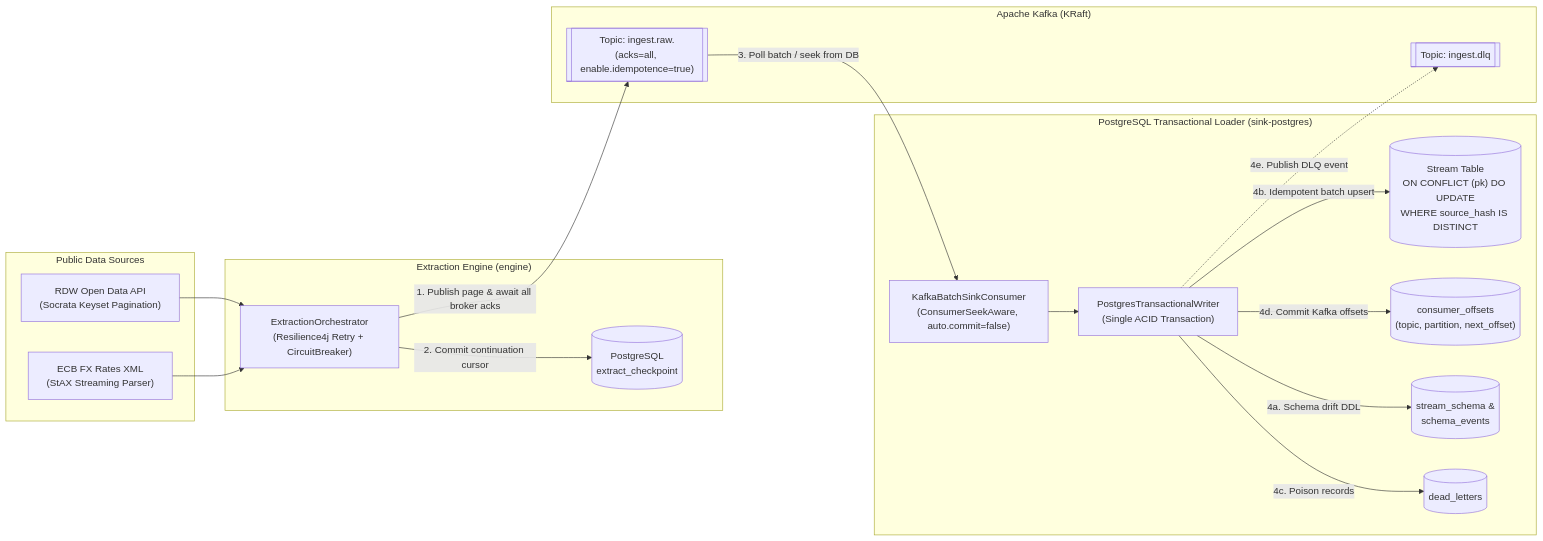
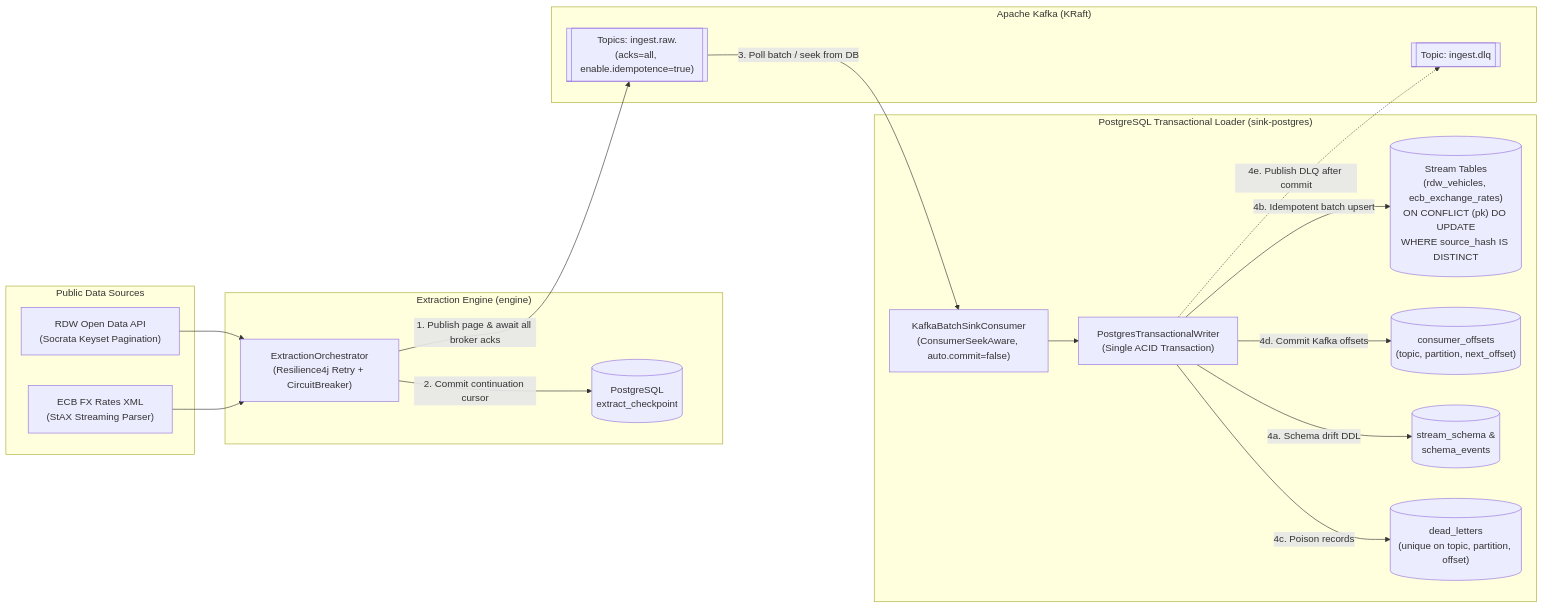
One commit to pgupta771/ingest-pipeline changed the diagram in README.md. Above: the diagram before and after it, drawn with Mermaid. The commit also changed other lines of this file and 1 other file, not shown here.

````diff
--- a/README.md
+++ b/README.md
@@ -9,38 +9,38 @@
 ```mermaid
 flowchart LR
     subgraph Sources["Public Data Sources"]
         RDW["RDW Open Data API<br/>(Socrata Keyset Pagination)"]
         ECB["ECB FX Rates XML<br/>(StAX Streaming Parser)"]
     end
 
     subgraph Engine["Extraction Engine (engine)"]
         EXT["ExtractionOrchestrator<br/>(Resilience4j Retry + CircuitBreaker)"]
         CHK[("PostgreSQL<br/>extract_checkpoint")]
     end
 
     subgraph Transport["Apache Kafka (KRaft)"]
-        RAW[["Topic: ingest.raw.<stream><br/>(acks=all, enable.idempotence=true)"]]
+        RAW[["Topics: ingest.raw.<stream><br/>(acks=all, enable.idempotence=true)"]]
         DLQ_TOPIC[["Topic: ingest.dlq"]]
     end
 
     subgraph Sink["PostgreSQL Transactional Loader (sink-postgres)"]
         CONS["KafkaBatchSinkConsumer<br/>(ConsumerSeekAware, auto.commit=false)"]
         WRITER["PostgresTransactionalWriter<br/>(Single ACID Transaction)"]
-        PG_DATA[("Stream Table<br/>ON CONFLICT (pk) DO UPDATE<br/>WHERE source_hash IS DISTINCT")]
+        PG_DATA[("Stream Tables<br/>(rdw_vehicles, ecb_exchange_rates)<br/>ON CONFLICT (pk) DO UPDATE<br/>WHERE source_hash IS DISTINCT")]
         PG_OFF[("consumer_offsets<br/>(topic, partition, next_offset)")]
         PG_SCHEMA[("stream_schema &<br/>schema_events")]
-        PG_DLQ[("dead_letters")]
+        PG_DLQ[("dead_letters<br/>(unique on topic, partition, offset)")]
     end
 
     RDW --> EXT
     ECB --> EXT
     EXT -- "1. Publish page & await all broker acks" --> RAW
     EXT -- "2. Commit continuation cursor" --> CHK
     RAW -- "3. Poll batch / seek from DB" --> CONS
     CONS --> WRITER
     WRITER -- "4a. Schema drift DDL" --> PG_SCHEMA
     WRITER -- "4b. Idempotent batch upsert" --> PG_DATA
     WRITER -- "4c. Poison records" --> PG_DLQ
     WRITER -- "4d. Commit Kafka offsets" --> PG_OFF
-    WRITER -. "4e. Publish DLQ event" .-> DLQ_TOPIC
+    WRITER -. "4e. Publish DLQ after commit" .-> DLQ_TOPIC
 ```
````
